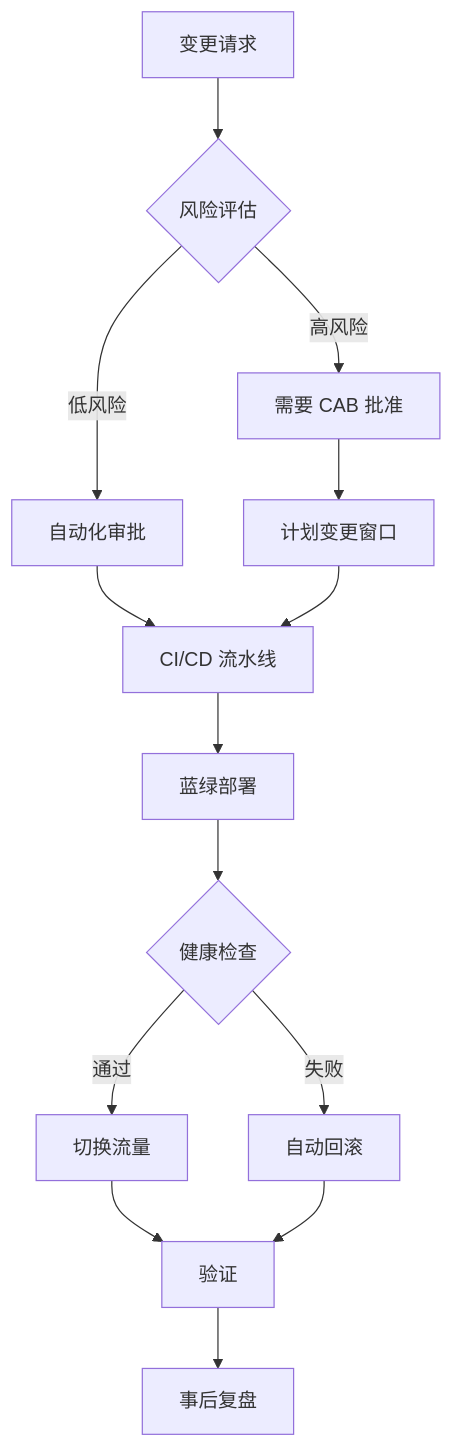
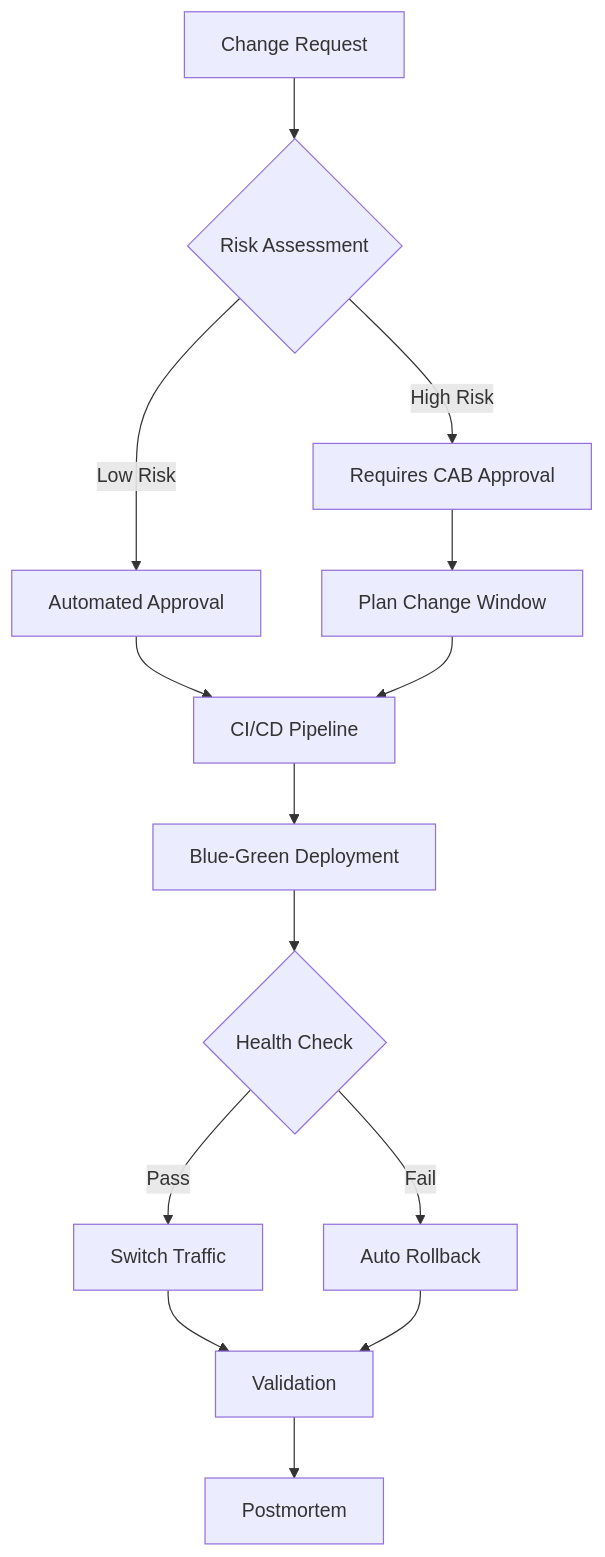
One commit to RadiumGu/sample-aws-resilience-skill changed the first of 2 diagrams in aws-resilience-modeling/references/resilience-framework.md. Above: the diagram before and after it, drawn with Mermaid. The commit also changed other lines of this file and 50 other files, not shown here.

````diff
--- a/aws-resilience-modeling/references/resilience-framework.md
+++ b/aws-resilience-modeling/references/resilience-framework.md
@@ -467,16 +469,16 @@
 ```mermaid
 graph TD
-    A[变更请求] --> B{风险评估}
-    B -->|高风险| C[需要 CAB 批准]
-    B -->|低风险| D[自动化审批]
-    C --> E[计划变更窗口]
-    D --> F[CI/CD 流水线]
+    A[Change Request] --> B{Risk Assessment}
+    B -->|High Risk| C[Requires CAB Approval]
+    B -->|Low Risk| D[Automated Approval]
+    C --> E[Plan Change Window]
+    D --> F[CI/CD Pipeline]
     E --> F
-    F --> G[蓝绿部署]
-    G --> H{健康检查}
-    H -->|通过| I[切换流量]
-    H -->|失败| J[自动回滚]
-    I --> K[验证]
+    F --> G[Blue-Green Deployment]
+    G --> H{Health Check}
+    H -->|Pass| I[Switch Traffic]
+    H -->|Fail| J[Auto Rollback]
+    I --> K[Validation]
     J --> K
-    K --> L[事后复盘]
+    K --> L[Postmortem]
 ```
````
